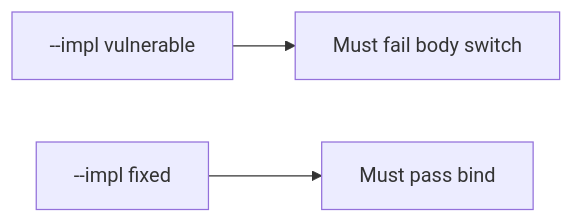
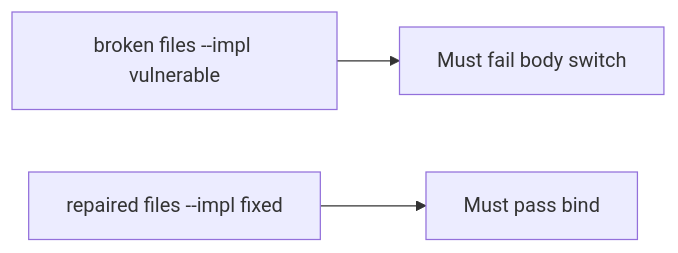
Before and after one commit to ishitvagoel/LearnSecurity: the diagram in content/modules/e/E5/lessons/05-verify.md, drawn with Mermaid. The commit also changed other lines of this file and 55 other files, not shown here.

````diff
--- a/content/modules/e/E5/lessons/05-verify.md
+++ b/content/modules/e/E5/lessons/05-verify.md
@@ -15,5 +14,5 @@
 ```mermaid
 flowchart LR
-  V["--impl vulnerable"] --> F["Must fail body switch"]
-  X["--impl fixed"] --> P["Must pass bind"]
+  V["broken files --impl vulnerable"] --> F["Must fail body switch"]
+  X["repaired files --impl fixed"] --> P["Must pass bind"]
 ```
````
